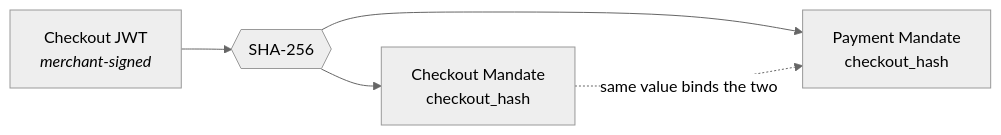
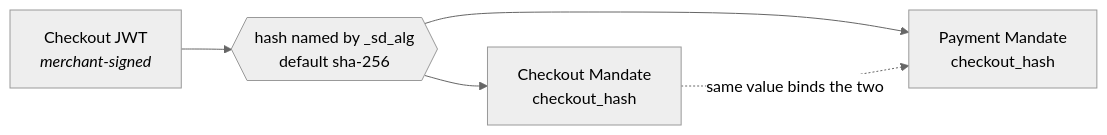
One commit to SkylinePlatform/agentic-payments changed the fourth of 6 diagrams in docs/protocols/ap2.md. Above: the diagram before and after it, drawn with Mermaid (neutral theme). The commit also changed other lines of this file and 15 other files, not shown here.

````diff
--- a/docs/protocols/ap2.md
+++ b/docs/protocols/ap2.md
@@ -288,11 +307,11 @@
 ```mermaid
 flowchart LR
     CJ["Checkout JWT<br/><i>merchant-signed</i>"]
-    H{{"SHA-256"}}
+    H{{"hash named by _sd_alg<br/>default sha-256"}}
     CM["Checkout Mandate<br/>checkout_hash"]
     PM["Payment Mandate<br/>checkout_hash"]
     CJ --> H
     H --> CM
     H --> PM
     CM -.->|"same value binds the two"| PM
 ```
````
